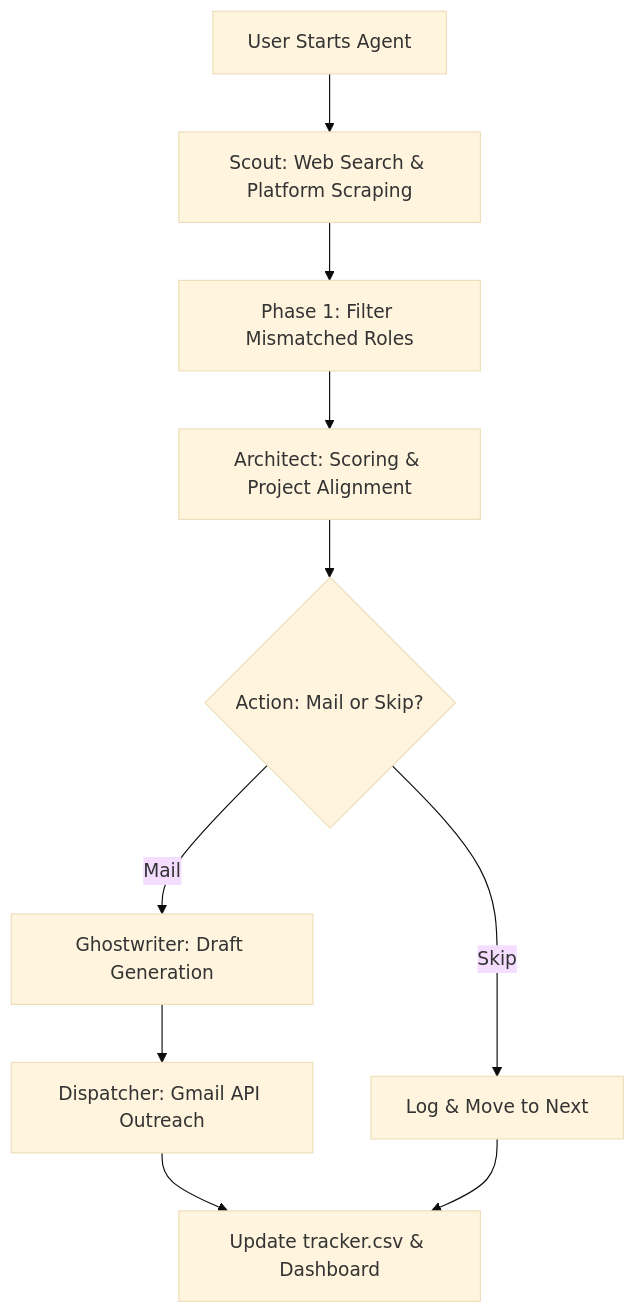
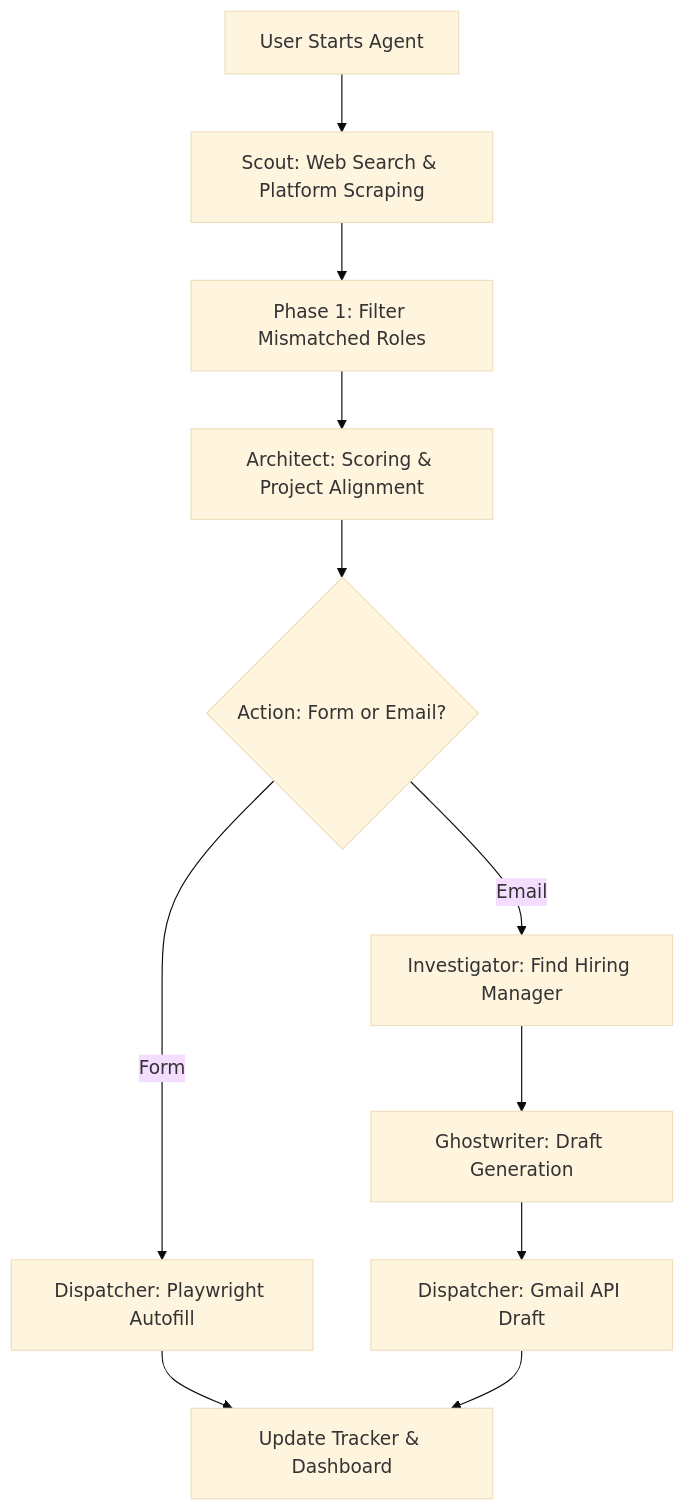
One commit to Karanpr-18/Career-Orbit changed the diagram in README.md. Above: the diagram before and after it, drawn with Mermaid (base theme). The commit also changed other lines of this file, not shown here.

````diff
--- a/README.md
+++ b/README.md
@@ -29,12 +44,13 @@
 ```mermaid
 graph TD
     A[User Starts Agent] --> B[Scout: Web Search & Platform Scraping]
     B --> C[Phase 1: Filter Mismatched Roles]
     C --> D[Architect: Scoring & Project Alignment]
-    D --> E{Action: Mail or Skip?}
-    E -- Mail --> F[Ghostwriter: Draft Generation]
-    F --> G[Dispatcher: Gmail API Outreach]
-    E -- Skip --> H[Log & Move to Next]
-    G --> I[Update tracker.csv & Dashboard]
-    H --> I
+    D --> E{Action: Form or Email?}
+    E -- Form --> F[Dispatcher: Playwright Autofill]
+    E -- Email --> G[Investigator: Find Hiring Manager]
+    G --> H[Ghostwriter: Draft Generation]
+    H --> I[Dispatcher: Gmail API Draft]
+    F --> J[Update Tracker & Dashboard]
+    I --> J
 ```
````
